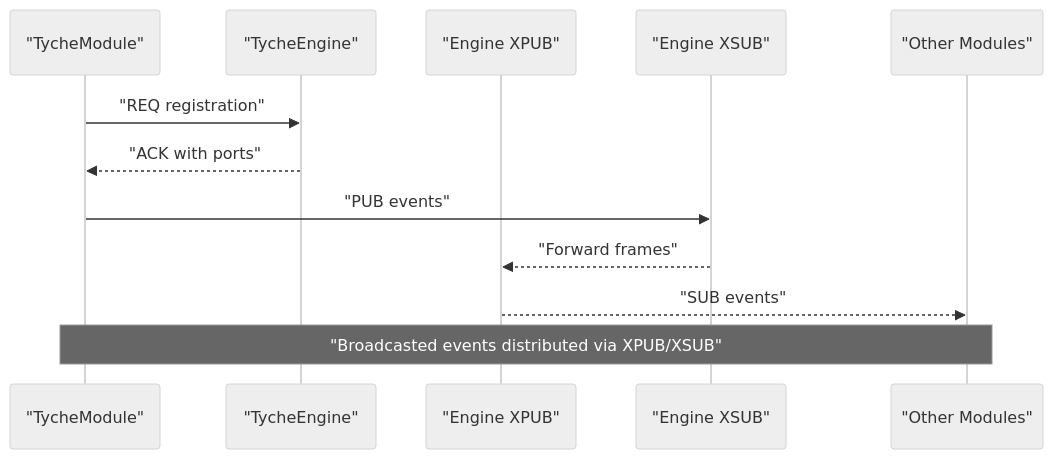
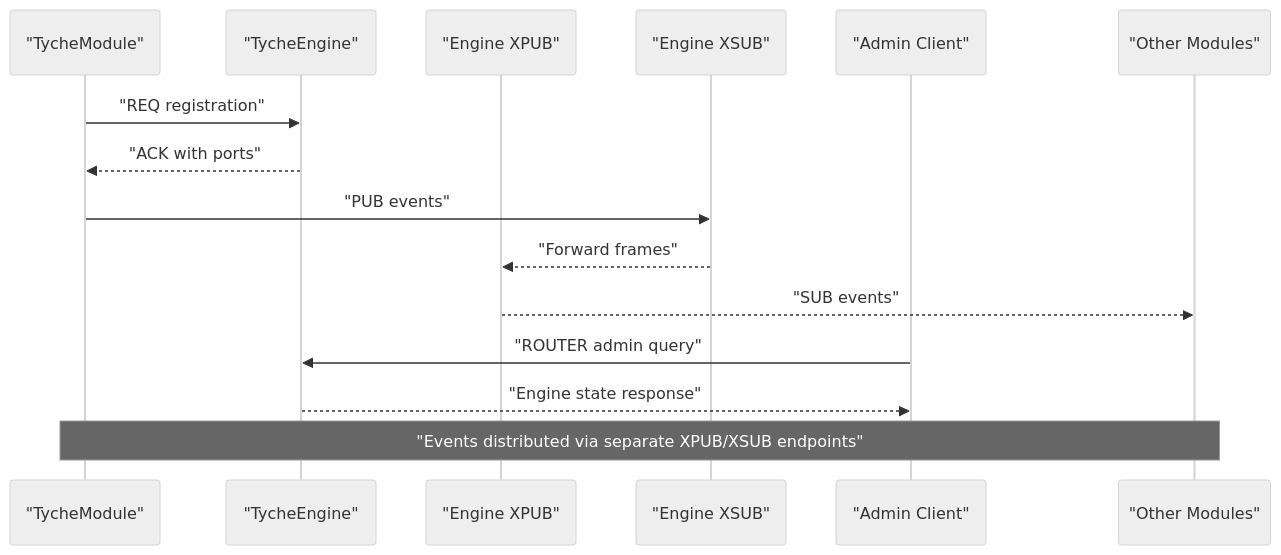
The second of 8 diagrams in .qoder/repowiki/en/content/Communication Patterns/Communication Patterns.md (zt281/TycheEngine), drawn with Mermaid (neutral theme) before and after one commit. The commit also changed other lines of this file and 34 other files, not shown here.

````diff
--- a/.qoder/repowiki/en/content/Communication Patterns/Communication Patterns.md
+++ b/.qoder/repowiki/en/content/Communication Patterns/Communication Patterns.md
@@ -124,14 +135,17 @@
 ```mermaid
 sequenceDiagram
 participant Mod as "TycheModule"
 participant Eng as "TycheEngine"
 participant XPUB as "Engine XPUB"
 participant XSUB as "Engine XSUB"
+participant Admin as "Admin Client"
 participant Sub as "Other Modules"
 Mod->>Eng : "REQ registration"
 Eng-->>Mod : "ACK with ports"
 Mod->>XSUB : "PUB events"
 XSUB-->>XPUB : "Forward frames"
 XPUB-->>Sub : "SUB events"
-Note over Mod,Sub : "Broadcasted events distributed via XPUB/XSUB"
+Admin->>Eng : "ROUTER admin query"
+Eng-->>Admin : "Engine state response"
+Note over Mod,Sub : "Events distributed via separate XPUB/XSUB endpoints"
 ```
````
